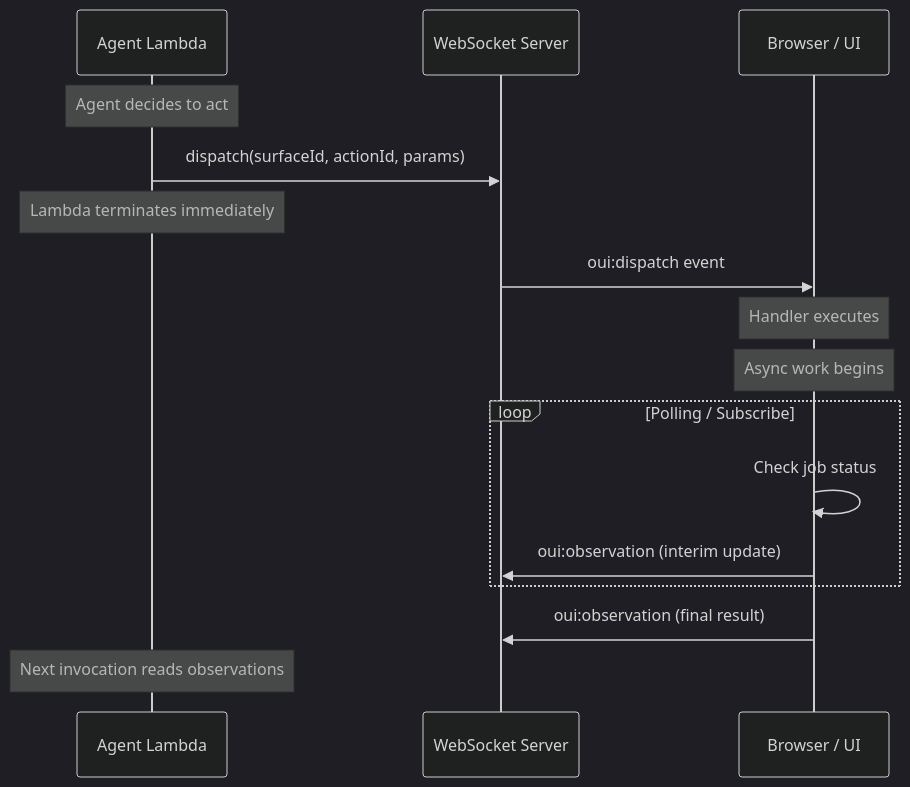
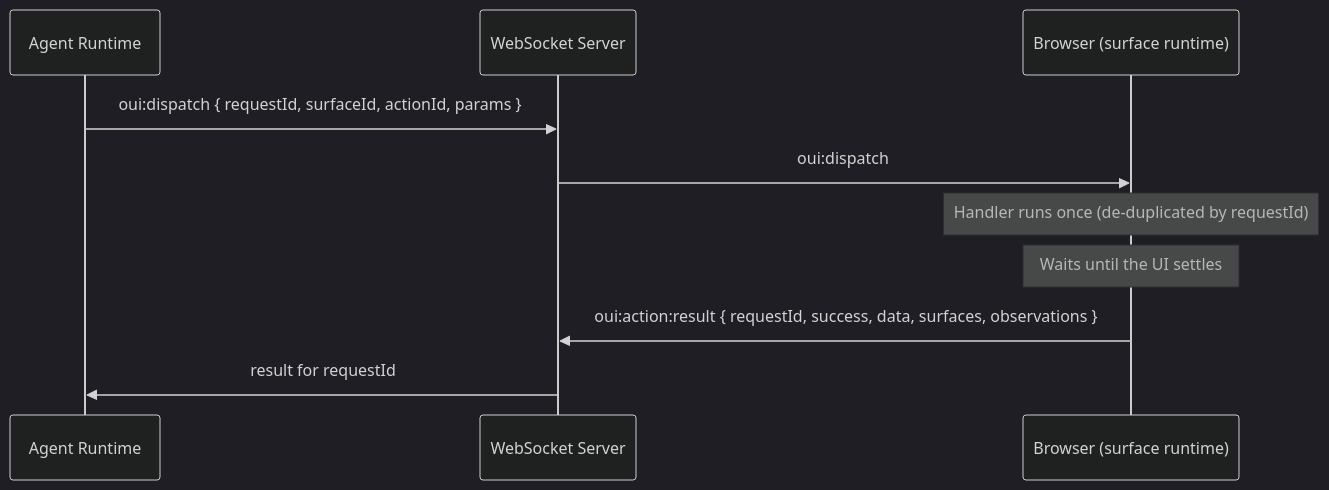
The second of 2 diagrams in README.md (wesreid/oui), drawn with Mermaid (dark theme) before and after one commit. The commit also changed other lines of this file and 20 other files, not shown here.

````diff
--- a/README.md
+++ b/README.md
@@ -232,22 +240,13 @@
 ```mermaid
 sequenceDiagram
-    participant Lambda as Agent Lambda
+    participant Agent as Agent Runtime
     participant WS as WebSocket Server
-    participant Browser as Browser / UI
+    participant Browser as Browser (surface runtime)
 
-    Note over Lambda: Agent decides to act
-    Lambda->>WS: dispatch(surfaceId, actionId, params)
-    Note over Lambda: Lambda terminates immediately
-
-    WS->>Browser: oui:dispatch event
-    Note over Browser: Handler executes
-    Note over Browser: Async work begins
-
-    loop Polling / Subscribe
-        Browser->>Browser: Check job status
-        Browser->>WS: oui:observation (interim update)
-    end
-
-    Browser->>WS: oui:observation (final result)
-    Note over Lambda: Next invocation reads observations
+    Agent->>WS: oui:dispatch { requestId, surfaceId, actionId, params }
+    WS->>Browser: oui:dispatch
+    Note over Browser: Handler runs once (de-duplicated by requestId)
+    Note over Browser: Waits until the UI settles
+    Browser->>WS: oui:action:result { requestId, success, data, surfaces, observations }
+    WS->>Agent: result for requestId
 ```
````
